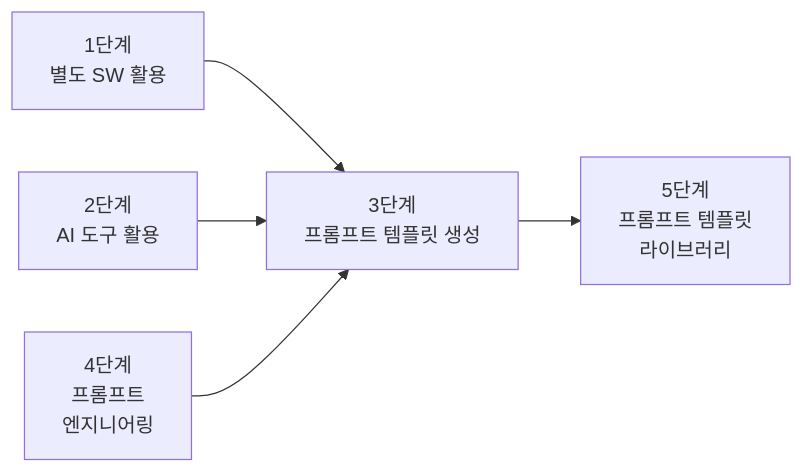
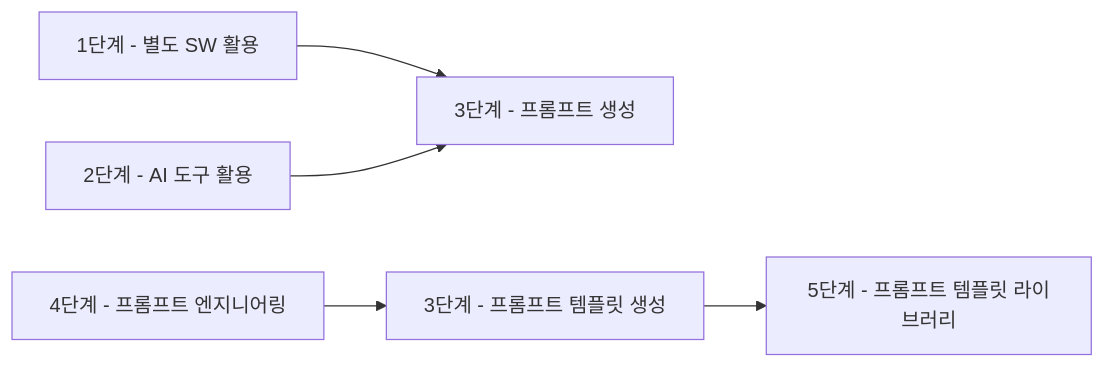
The first of 4 diagrams in _md/essentials-vibecoding/chapter04/04-2.md (nugurejeil/weniVooks), drawn with Mermaid before and after one commit. The commit also changed other lines of this file and 133 other files, not shown here.

````diff
--- a/_md/essentials-vibecoding/chapter04/04-2.md
+++ b/_md/essentials-vibecoding/chapter04/04-2.md
@@ -43,7 +43,7 @@
 ```mermaid
 graph LR
-    A[1단계<br/>별도 SW 활용] --> D[3단계<br/>프롬프트 생성]
-    B[2단계<br/>AI 도구 활용] --> D[3단계<br/>프롬프트 생성]
-    C[4단계<br/>프롬프트<br/>엔지니어링] --> D[3단계<br/>프롬프트 템플릿 생성]
-    D --> E[5단계<br/>프롬프트 템플릿<br/>라이브러리]
+    A["1단계 - 별도 SW 활용"] --> D["3단계 - 프롬프트 생성"]
+    B["2단계 - AI 도구 활용"] --> D
+    C["4단계 - 프롬프트 엔지니어링"] --> D2["3단계 - 프롬프트 템플릿 생성"]
+    D2 --> E["5단계 - 프롬프트 템플릿 라이브러리"]
 ```
````
